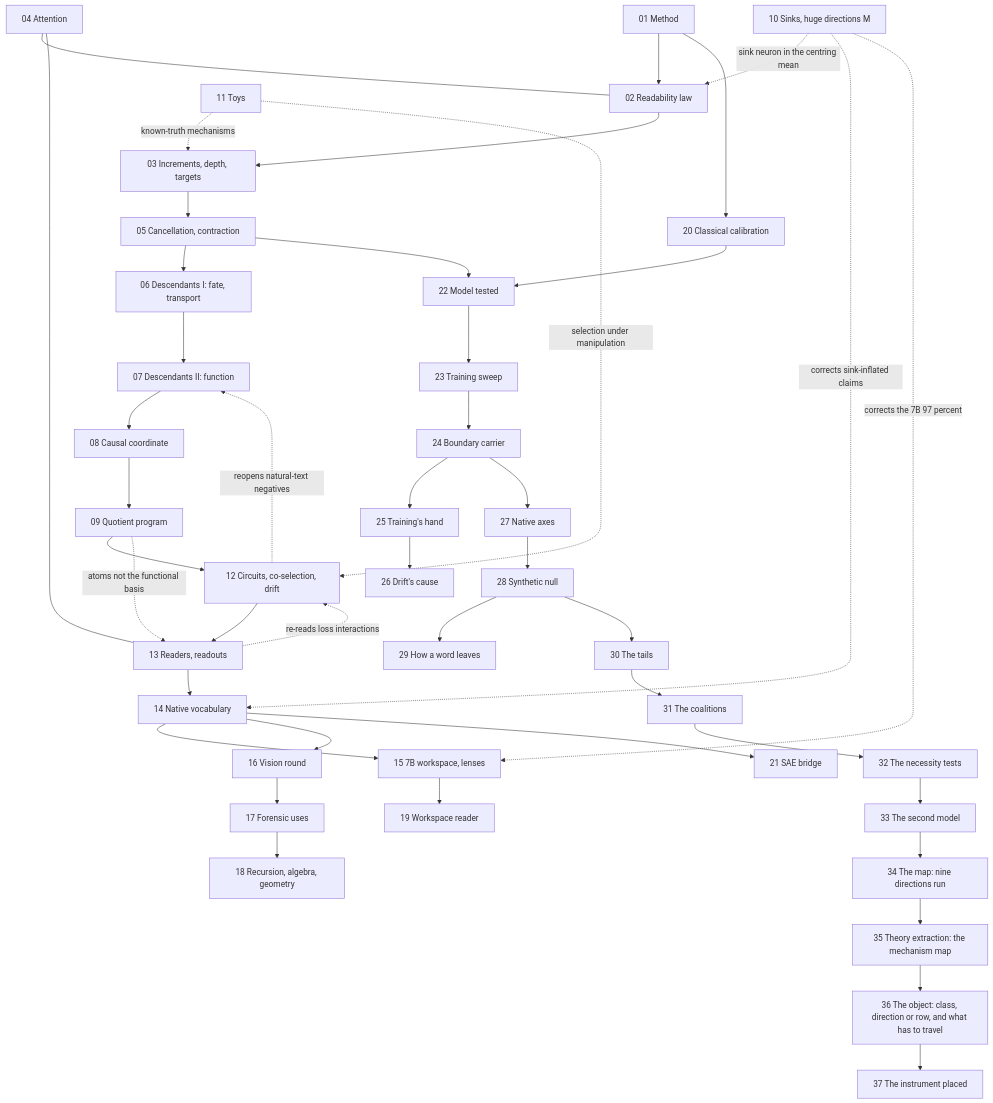
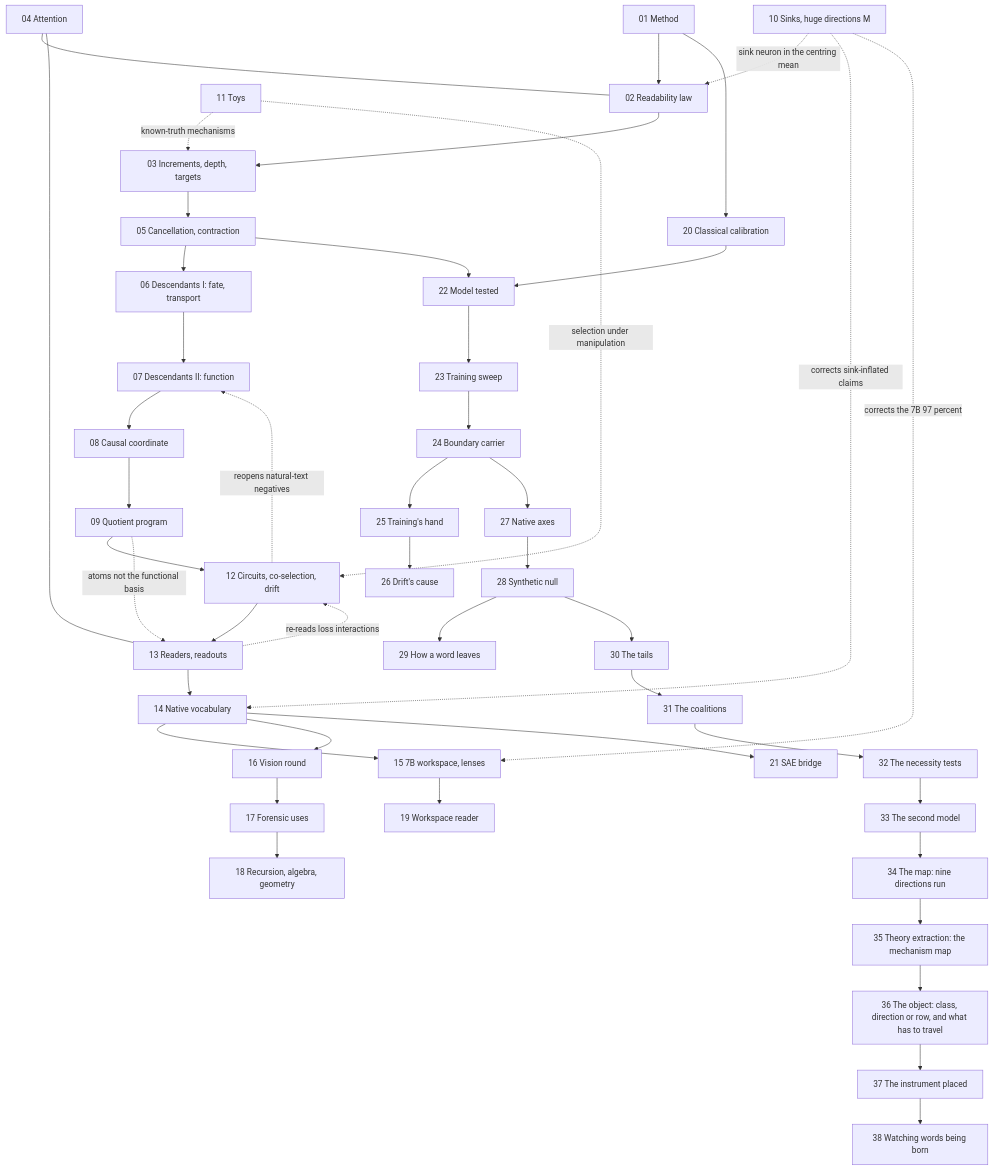
One commit to sunmoonron/wdd-descendants changed the diagram in docs/ATLAS.md. Above: the diagram before and after it, drawn with Mermaid. The commit also changed other lines of this file and 19 other files, not shown here.

First line of the commit message:
Phase 3bs: watching words being born, against a learned dictionary (e582-e584, atlas area 38)

````diff
--- a/docs/ATLAS.md
+++ b/docs/ATLAS.md
@@ -88,47 +89,48 @@
 ```mermaid
 flowchart TD
   A01["01 Method"] --> A02["02 Readability law"]
   A02 --> A03["03 Increments, depth, targets"]
   A03 --> A05["05 Cancellation, contraction"]
   A05 --> A06["06 Descendants I: fate, transport"]
   A06 --> A07["07 Descendants II: function"]
   A07 --> A08["08 Causal coordinate"]
   A08 --> A09["09 Quotient program"]
   A09 --> A12["12 Circuits, co-selection, drift"]
   A12 --> A13["13 Readers, readouts"]
   A13 --> A14["14 Native vocabulary"]
   A14 --> A15["15 7B workspace, lenses"]
   A14 --> A16["16 Vision round"]
   A16 --> A17["17 Forensic uses"]
   A17 --> A18["18 Recursion, algebra, geometry"]
   A15 --> A19["19 Workspace reader"]
   A01 --> A20["20 Classical calibration"]
   A14 --> A21["21 SAE bridge"]
   A20 --> A22["22 Model tested"]
   A22 --> A23["23 Training sweep"]
   A23 --> A24["24 Boundary carrier"]
   A24 --> A25["25 Training's hand"]
   A25 --> A26["26 Drift's cause"]
   A24 --> A27["27 Native axes"]
   A27 --> A28["28 Synthetic null"]
   A28 --> A29["29 How a word leaves"]
   A28 --> A30["30 The tails"]
   A30 --> A31["31 The coalitions"]
   A31 --> A32["32 The necessity tests"]
   A32 --> A33["33 The second model"]
   A33 --> A34["34 The map: nine directions run"]
   A34 --> A35["35 Theory extraction: the mechanism map"]
   A35 --> A36["36 The object: class, direction or row, and what has to travel"]
   A36 --> A37["37 The instrument placed"]
+  A37 --> A38["38 Watching words being born"]
   A05 --> A22
   A04["04 Attention"] --- A02
   A04 --- A13
   A10["10 Sinks, huge directions M"] -.->|sink neuron in the centring mean| A02
   A10 -.->|corrects sink-inflated claims| A14
   A10 -.->|corrects the 7B 97 percent| A15
   A11["11 Toys"] -.->|known-truth mechanisms| A03
   A11 -.->|selection under manipulation| A12
   A12 -.->|reopens natural-text negatives| A07
   A13 -.->|re-reads loss interactions| A12
   A09 -.->|atoms not the functional basis| A13
 ```
````
